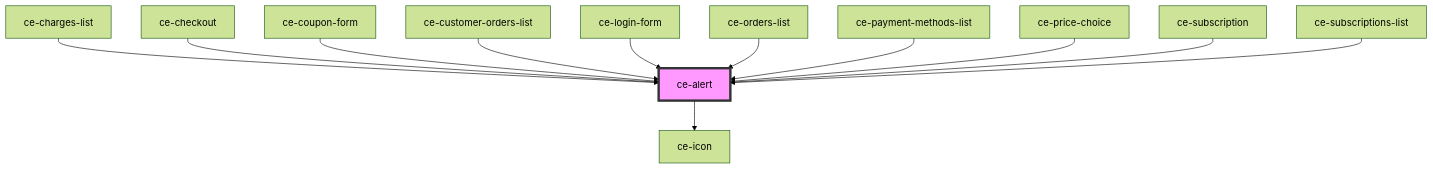
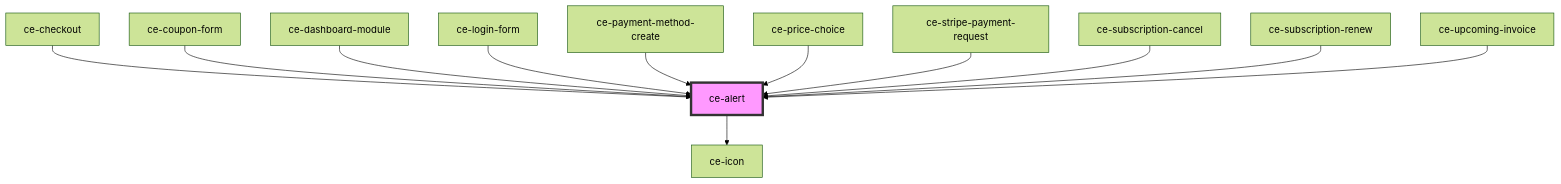
One commit to surecart/surecart-wp-plugin changed the diagram in packages/components/src/components/ui/alert/readme.md. Above: the diagram before and after it, drawn with Mermaid (forest theme). The commit also changed other lines of this file and 118 other files, not shown here.

Commit message:
Customer dashboard admin.

````diff
--- a/packages/components/src/components/ui/alert/readme.md
+++ b/packages/components/src/components/ui/alert/readme.md
@@ -80,15 +80,15 @@
 ```mermaid
 graph TD;
   ce-alert --> ce-icon
-  ce-charges-list --> ce-alert
   ce-checkout --> ce-alert
   ce-coupon-form --> ce-alert
-  ce-customer-orders-list --> ce-alert
+  ce-dashboard-module --> ce-alert
   ce-login-form --> ce-alert
-  ce-orders-list --> ce-alert
-  ce-payment-methods-list --> ce-alert
+  ce-payment-method-create --> ce-alert
   ce-price-choice --> ce-alert
-  ce-subscription --> ce-alert
-  ce-subscriptions-list --> ce-alert
+  ce-stripe-payment-request --> ce-alert
+  ce-subscription-cancel --> ce-alert
+  ce-subscription-renew --> ce-alert
+  ce-upcoming-invoice --> ce-alert
   style ce-alert fill:#f9f,stroke:#333,stroke-width:4px
 ```
````
